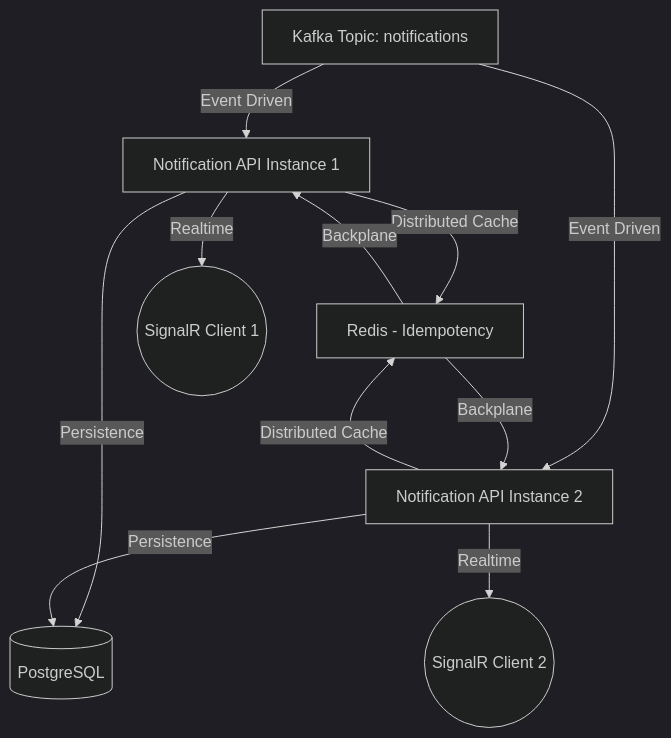
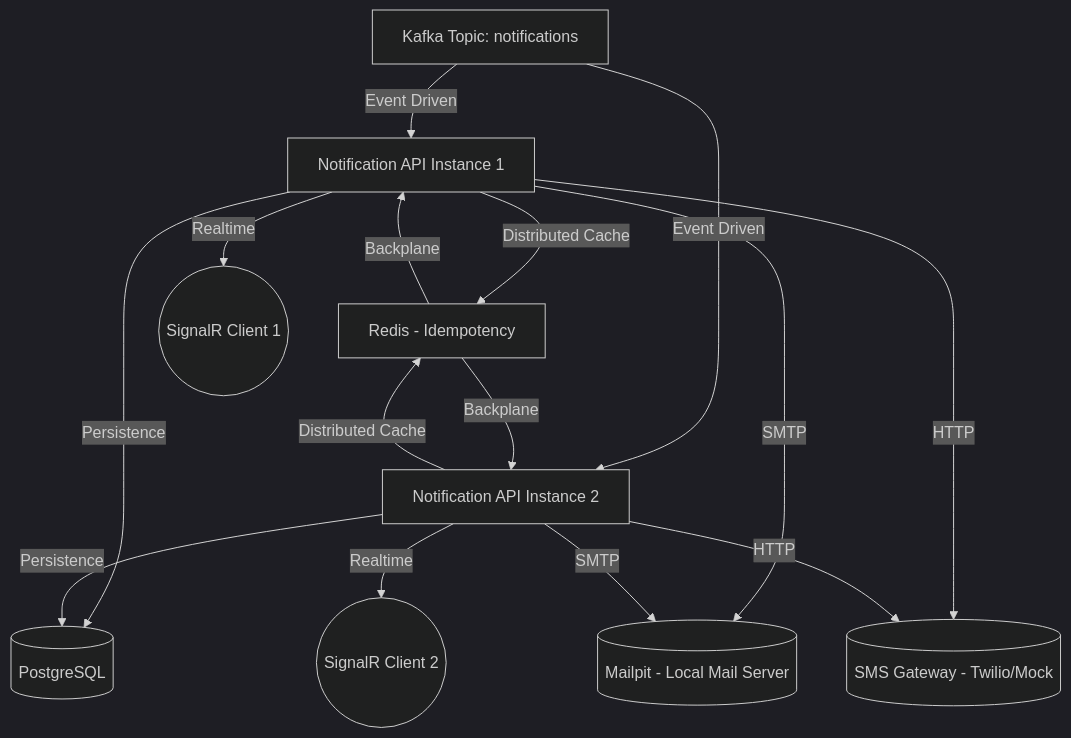
The diagram in handover_document.md (hieuhs3/NotificationService), drawn with Mermaid (dark theme) before and after one commit. The commit also changed other lines of this file and 38 other files, not shown here.

````diff
--- a/handover_document.md
+++ b/handover_document.md
@@ -9,17 +9,23 @@
 ```mermaid
 graph TD
     K[Kafka Topic: notifications] -- Event Driven --> API[Notification API Instance 1]
     K -- Event Driven --> API2[Notification API Instance 2]
     
     API -- Distributed Cache --> R[Redis - Idempotency]
     API2 -- Distributed Cache --> R
     
     API -- Persistence --> DB[(PostgreSQL)]
     API2 -- Persistence --> DB
     
     API -- Realtime --> S1((SignalR Client 1))
     API2 -- Realtime --> S2((SignalR Client 2))
     
     R -- Backplane --> API
     R -- Backplane --> API2
+    
+    API -- SMTP --> MP[(Mailpit - Local Mail Server)]
+    API2 -- SMTP --> MP
+    
+    API -- HTTP --> SMS[(SMS Gateway - Twilio/Mock)]
+    API2 -- HTTP --> SMS
 ```
````
